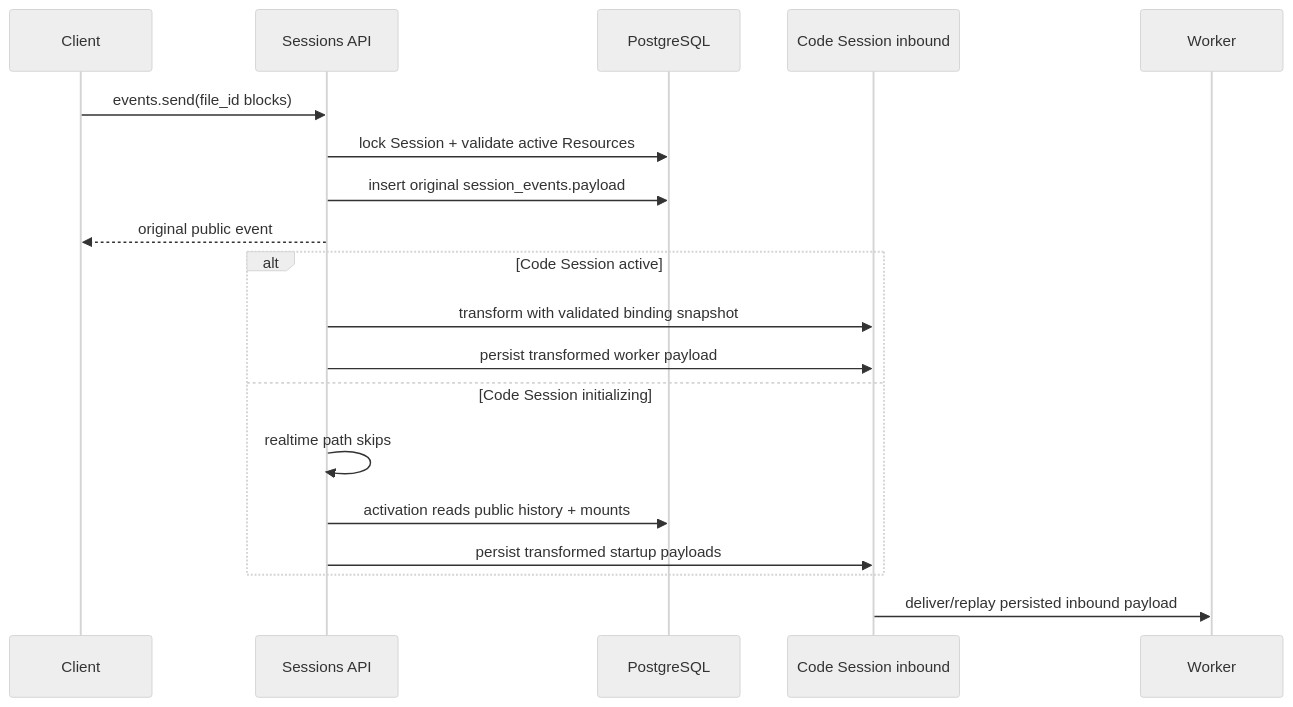
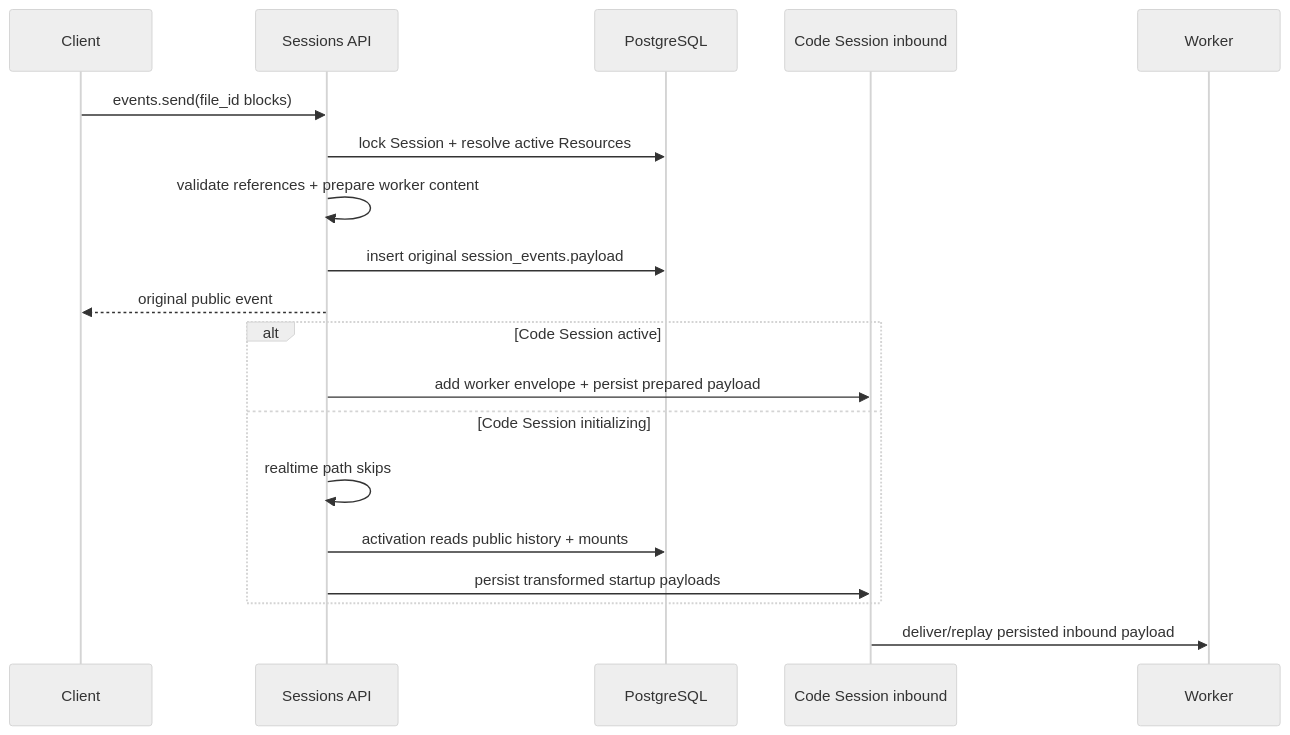
Before and after one commit to superduck-ai/open-managed-agents: the diagram in docs/design/be/session-event-file-references.md, drawn with Mermaid (neutral theme). The commit also changed other lines of this file and 17 other files, not shown here.

````diff
--- a/docs/design/be/session-event-file-references.md
+++ b/docs/design/be/session-event-file-references.md
@@ -88,22 +91,22 @@
 ```mermaid
 sequenceDiagram
     participant C as Client
     participant S as Sessions API
     participant DB as PostgreSQL
     participant Q as Code Session inbound
     participant W as Worker
 
     C->>S: events.send(file_id blocks)
-    S->>DB: lock Session + validate active Resources
+    S->>DB: lock Session + resolve active Resources
+    S->>S: validate references + prepare worker content
     S->>DB: insert original session_events.payload
     S-->>C: original public event
     alt Code Session active
-        S->>Q: transform with validated binding snapshot
-        S->>Q: persist transformed worker payload
+        S->>Q: add worker envelope + persist prepared payload
     else Code Session initializing
         S->>S: realtime path skips
         S->>DB: activation reads public history + mounts
         S->>Q: persist transformed startup payloads
     end
     Q->>W: deliver/replay persisted inbound payload
 ```
````
